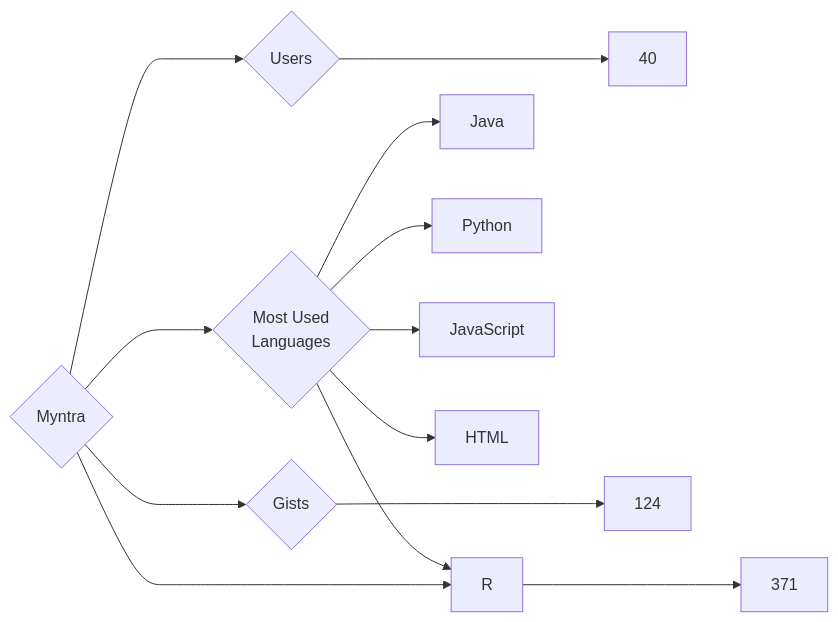
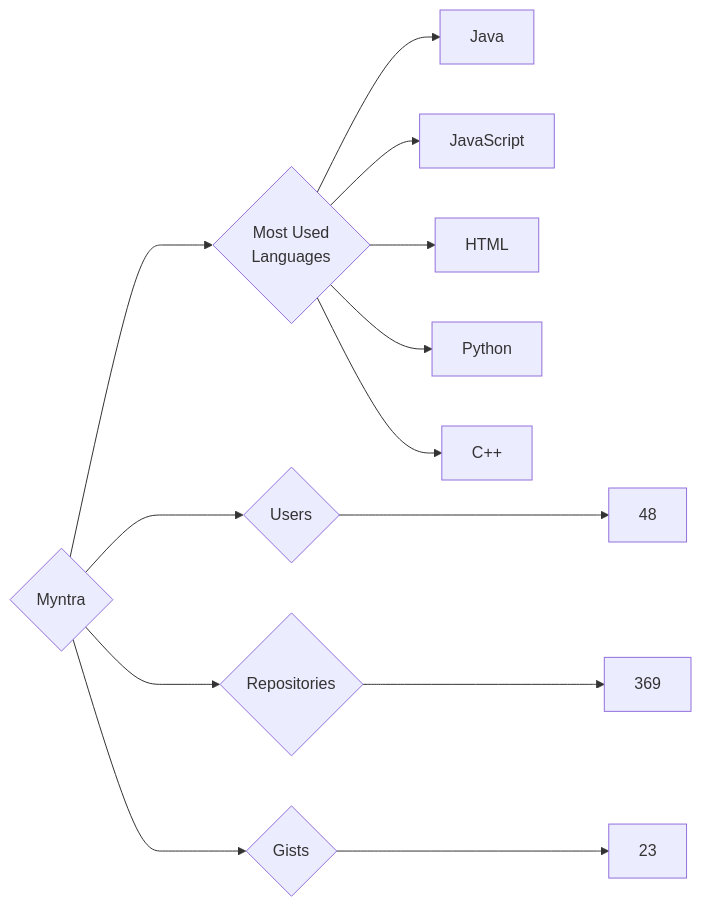
The diagram in targets/Myntra/README.md (trickest/insiders), drawn with Mermaid before and after one commit. The commit also changed 870 other files, not shown here.

````diff
--- a/targets/Myntra/README.md
+++ b/targets/Myntra/README.md
@@ -3,13 +3,13 @@
 ```mermaid
 graph LR
 COMPANY_NAME{Myntra}
-COMPANY_NAME ---> U{Users} ---> UN[40]
-COMPANY_NAME ---> R{Repositories} ---> RN[371]
-COMPANY_NAME ---> G{Gists} ---> GN[124]
+COMPANY_NAME ---> U{Users} ---> UN[48]
+COMPANY_NAME ---> R{Repositories} ---> RN[369]
+COMPANY_NAME ---> G{Gists} ---> GN[23]
 COMPANY_NAME ---> ML{Most Used<br>Languages}
 ML --> Java[Java]
-ML --> R[R]
-ML --> Python[Python]
 ML --> JavaScript[JavaScript]
 ML --> HTML[HTML]
+ML --> Python[Python]
+ML --> C++[C++]
 ```
````
